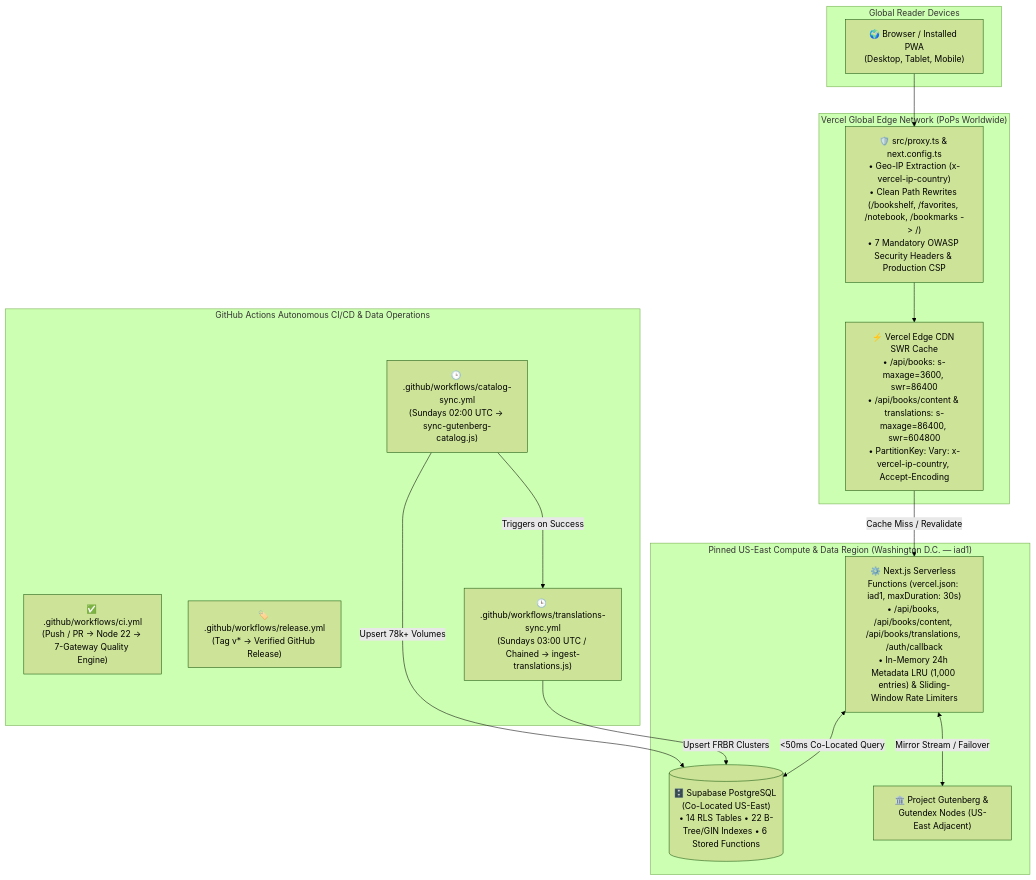
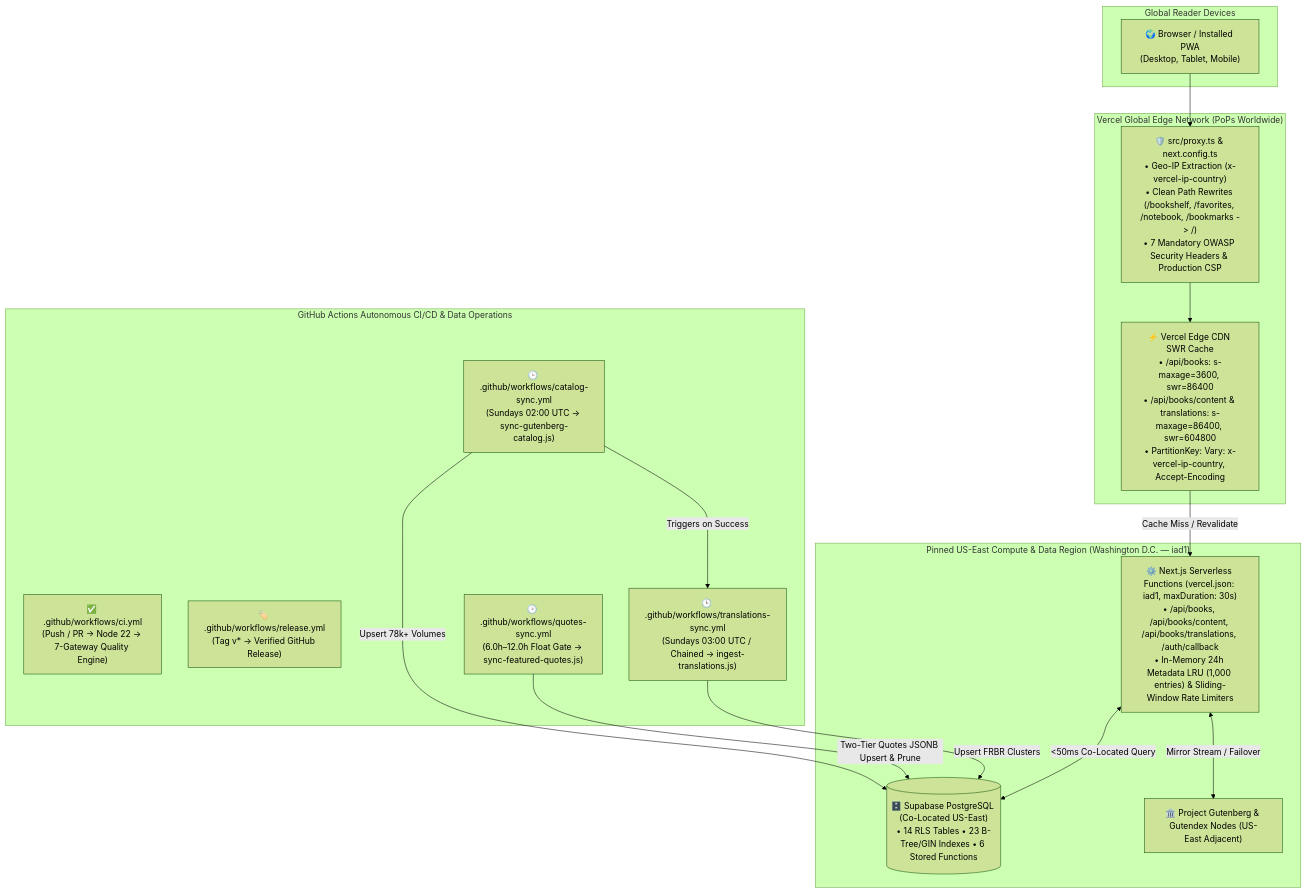
One commit to calin-m/Bookarium changed diagram 11 of 11 in docs/ARCHITECTURE.md. Above: the diagram before and after it, drawn with Mermaid (forest theme). The commit also changed other lines of this file and 16 other files, not shown here.

First line of the commit message:
feat(quotes): implement Two-Tier Bounded Quote Pool (1,000 Popular + 128 Recent) with 20+5 blended batches, auto-pruning, and living docs sync

````diff
--- a/docs/ARCHITECTURE.md
+++ b/docs/ARCHITECTURE.md
@@ -1485,33 +1487,35 @@
 ```mermaid
 flowchart TD
     subgraph GlobalClients ["Global Reader Devices"]
         Client["🌍 Browser / Installed PWA\n(Desktop, Tablet, Mobile)"]
     end
 
     subgraph VercelEdgeNetwork ["Vercel Global Edge Network (PoPs Worldwide)"]
         EdgeProxy["🛡️ src/proxy.ts & next.config.ts\n• Geo-IP Extraction (x-vercel-ip-country)\n• Clean Path Rewrites (/bookshelf, /favorites, /notebook, /bookmarks -> /)\n• 7 Mandatory OWASP Security Headers & Production CSP"]
         EdgeCDN["⚡ Vercel Edge CDN SWR Cache\n• /api/books: s-maxage=3600, swr=86400\n• /api/books/content & translations: s-maxage=86400, swr=604800\n• PartitionKey: Vary: x-vercel-ip-country, Accept-Encoding"]
     end
 
     subgraph USCompute ["Pinned US-East Compute & Data Region (Washington D.C. — iad1)"]
         Serverless["⚙️ Next.js Serverless Functions (vercel.json: iad1, maxDuration: 30s)\n• /api/books, /api/books/content, /api/books/translations, /auth/callback\n• In-Memory 24h Metadata LRU (1,000 entries) & Sliding-Window Rate Limiters"]
-        SupabaseUS[("🗄️ Supabase PostgreSQL (Co-Located US-East)\n• 14 RLS Tables • 22 B-Tree/GIN Indexes • 6 Stored Functions")]
+        SupabaseUS[("🗄️ Supabase PostgreSQL (Co-Located US-East)\n• 14 RLS Tables • 23 B-Tree/GIN Indexes • 6 Stored Functions")]
         GutenbergUS["🏛️ Project Gutenberg & Gutendex Nodes (US-East Adjacent)"]
     end
 
     subgraph GitHubOps ["GitHub Actions Autonomous CI/CD & Data Operations"]
         CIWorkflow["✅ .github/workflows/ci.yml\n(Push / PR -> Node 22 -> 7-Gateway Quality Engine)"]
         ReleaseWorkflow["🏷️ .github/workflows/release.yml\n(Tag v* -> Verified GitHub Release)"]
         CatalogCron["🕒 .github/workflows/catalog-sync.yml\n(Sundays 02:00 UTC -> sync-gutenberg-catalog.js)"]
         TransCron["🕒 .github/workflows/translations-sync.yml\n(Sundays 03:00 UTC / Chained -> ingest-translations.js)"]
+        QuotesCron["🕒 .github/workflows/quotes-sync.yml\n(6.0h–12.0h Float Gate -> sync-featured-quotes.js)"]
     end
 
     Client --> EdgeProxy
     EdgeProxy --> EdgeCDN
     EdgeCDN -->|"Cache Miss / Revalidate"| Serverless
     Serverless <-->|"<50ms Co-Located Query"| SupabaseUS
     Serverless <-->|"Mirror Stream / Failover"| GutenbergUS
     CatalogCron -->|"Upsert 78k+ Volumes"| SupabaseUS
     CatalogCron -->|"Triggers on Success"| TransCron
     TransCron -->|"Upsert FRBR Clusters"| SupabaseUS
+    QuotesCron -->|"Two-Tier Quotes JSONB Upsert & Prune"| SupabaseUS
 ```
````
